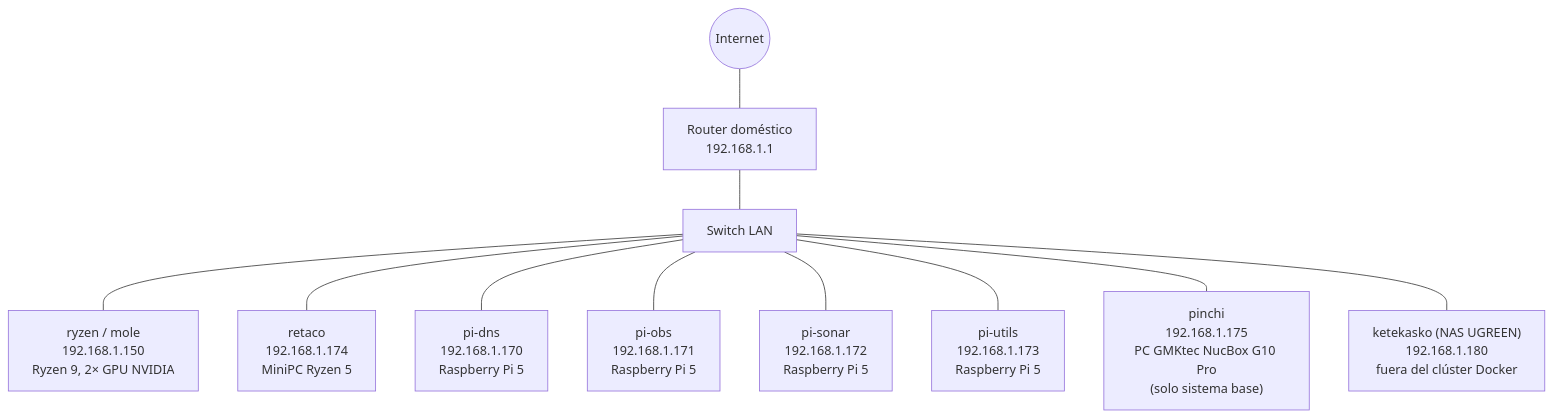
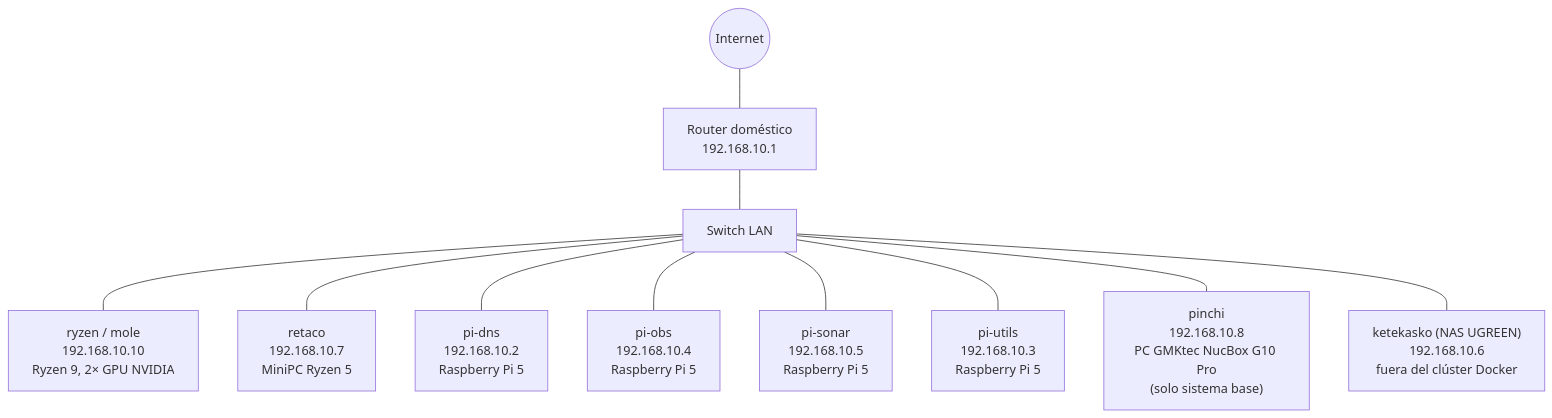
One commit to impalah/homelab-cluster changed the first of 7 diagrams in docs/01-topologia.md. Above: the diagram before and after it, drawn with Mermaid. The commit also changed other lines of this file and 41 other files, not shown here.

````diff
--- a/docs/01-topologia.md
+++ b/docs/01-topologia.md
@@ -21,17 +24,17 @@
 ```mermaid
 flowchart TB
     Internet((Internet))
-    Router["Router doméstico\n192.168.1.1"]
+    Router["Router doméstico\n192.168.10.1"]
     Switch["Switch LAN"]
 
     Internet --- Router --- Switch
 
-    Switch --- ryzen["ryzen / mole\n192.168.1.150\nRyzen 9, 2× GPU NVIDIA"]
-    Switch --- retaco["retaco\n192.168.1.174\nMiniPC Ryzen 5"]
-    Switch --- pidns["pi-dns\n192.168.1.170\nRaspberry Pi 5"]
-    Switch --- piobs["pi-obs\n192.168.1.171\nRaspberry Pi 5"]
-    Switch --- pisonar["pi-sonar\n192.168.1.172\nRaspberry Pi 5"]
-    Switch --- piutils["pi-utils\n192.168.1.173\nRaspberry Pi 5"]
-    Switch --- pinchi["pinchi\n192.168.1.175\nPC GMKtec NucBox G10 Pro\n(solo sistema base)"]
-    Switch --- nas["ketekasko (NAS UGREEN)\n192.168.1.180\nfuera del clúster Docker"]
+    Switch --- ryzen["ryzen / mole\n192.168.10.10\nRyzen 9, 2× GPU NVIDIA"]
+    Switch --- retaco["retaco\n192.168.10.7\nMiniPC Ryzen 5"]
+    Switch --- pidns["pi-dns\n192.168.10.2\nRaspberry Pi 5"]
+    Switch --- piobs["pi-obs\n192.168.10.4\nRaspberry Pi 5"]
+    Switch --- pisonar["pi-sonar\n192.168.10.5\nRaspberry Pi 5"]
+    Switch --- piutils["pi-utils\n192.168.10.3\nRaspberry Pi 5"]
+    Switch --- pinchi["pinchi\n192.168.10.8\nPC GMKtec NucBox G10 Pro\n(solo sistema base)"]
+    Switch --- nas["ketekasko (NAS UGREEN)\n192.168.10.6\nfuera del clúster Docker"]
 ```
````
